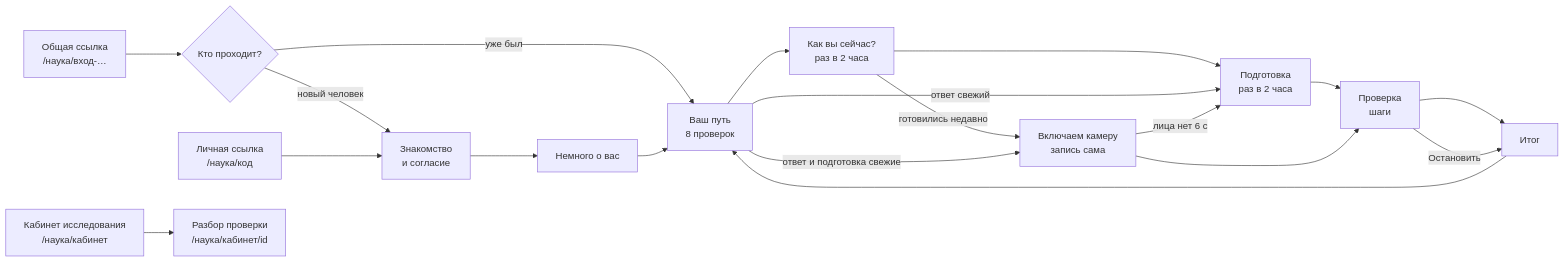
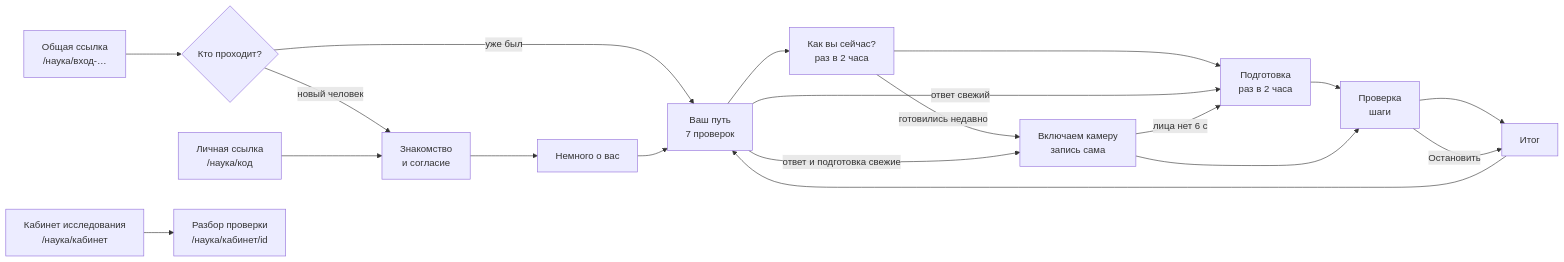
One commit to ahmtgv/flamingo changed the diagram in docs/дизайн/ИССЛЕДОВАНИЕ-ПЕРЕДАЧА-ЭКРАНОВ.md. Above: the diagram before and after it, drawn with Mermaid. The commit also changed other lines of this file and 11 other files, not shown here.

````diff
--- a/docs/дизайн/ИССЛЕДОВАНИЕ-ПЕРЕДАЧА-ЭКРАНОВ.md
+++ b/docs/дизайн/ИССЛЕДОВАНИЕ-ПЕРЕДАЧА-ЭКРАНОВ.md
@@ -17,17 +17,17 @@
 ```mermaid
 flowchart LR
   ссылка["Общая ссылка<br>/наука/вход-…"] --> кто{"Кто проходит?"}
   кто -->|новый человек| знакомство["Знакомство<br>и согласие"]
   кто -->|уже был| путь
   личная["Личная ссылка<br>/наука/код"] --> знакомство
-  знакомство --> овас["Немного о вас"] --> путь["Ваш путь<br>8 проверок"]
+  знакомство --> овас["Немного о вас"] --> путь["Ваш путь<br>7 проверок"]
   путь --> каквы["Как вы сейчас?<br>раз в 2 часа"] --> подготовка["Подготовка<br>раз в 2 часа"]
   путь -->|ответ свежий| подготовка
   каквы -->|готовились недавно| начинаем["Включаем камеру<br>запись сама"]
   путь -->|ответ и подготовка свежие| начинаем
   подготовка --> проверка["Проверка<br>шаги"] --> итог["Итог"] --> путь
   начинаем --> проверка
   начинаем -->|лица нет 6 с| подготовка
   проверка -->|Остановить| итог
   кабинет["Кабинет исследования<br>/наука/кабинет"] --> разбор["Разбор проверки<br>/наука/кабинет/id"]
 ```
````
